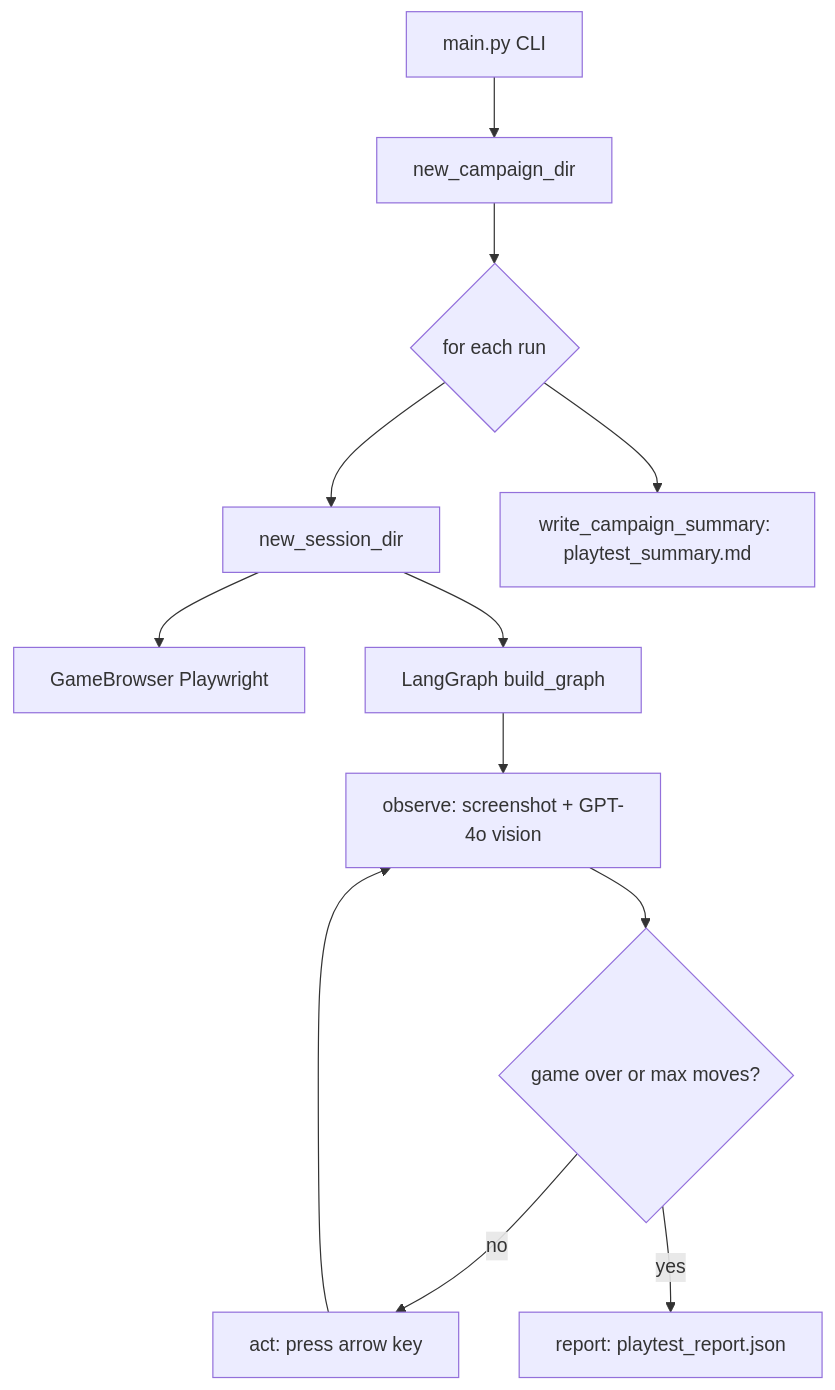
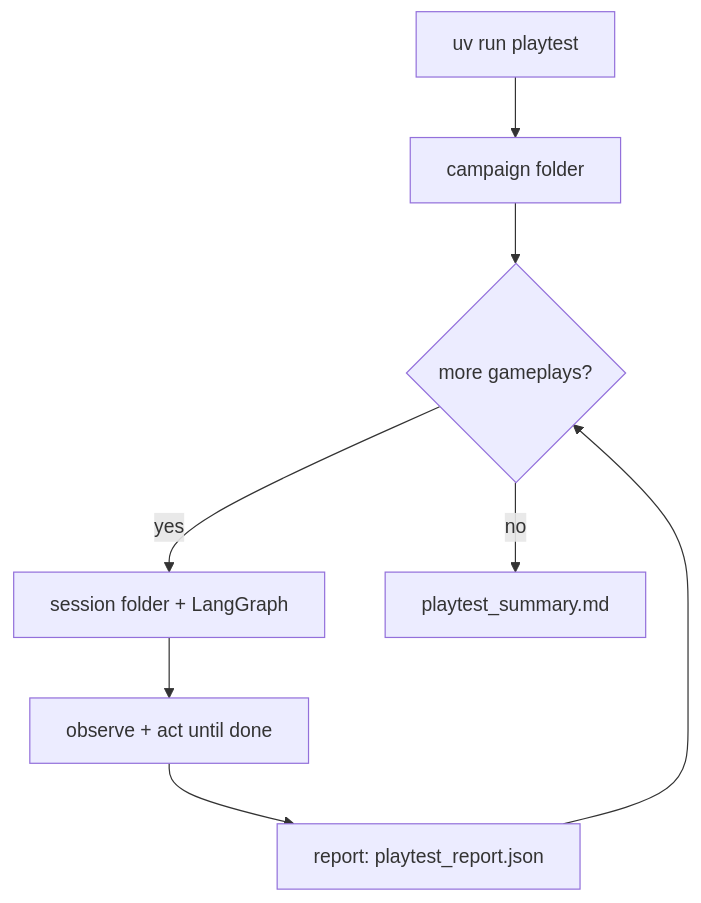
One commit to ysskrishna/ai-game-playtesting-agent changed the diagram in README.md. Above: the diagram before and after it, drawn with Mermaid. The commit also changed other lines of this file, not shown here.

Commit message:
Siva | update README

````diff
--- a/README.md
+++ b/README.md
@@ -26,14 +37,10 @@
 ```mermaid
-flowchart TD
-  CLI[main.py CLI] --> Campaign[new_campaign_dir]
-  Campaign --> Loop{for each run}
-  Loop --> Session[new_session_dir]
-  Session --> Browser[GameBrowser Playwright]
-  Session --> Graph[LangGraph build_graph]
-  Graph --> Observe[observe: screenshot + GPT-4o vision]
-  Observe --> Route{game over or max moves?}
-  Route -->|no| Act[act: press arrow key]
-  Act --> Observe
-  Route -->|yes| SessionReport[report: playtest_report.json]
-  Loop --> Summary[write_campaign_summary: playtest_summary.md]
+flowchart TB
+  CLI[uv run playtest] --> Campaign[campaign folder]
+  Campaign --> Loop{more gameplays?}
+  Loop -->|yes| Session[session folder + LangGraph]
+  Session --> PlayLoop[observe + act until done]
+  PlayLoop --> SessionReport[report: playtest_report.json]
+  SessionReport --> Loop
+  Loop -->|no| Summary[playtest_summary.md]
 ```
````
